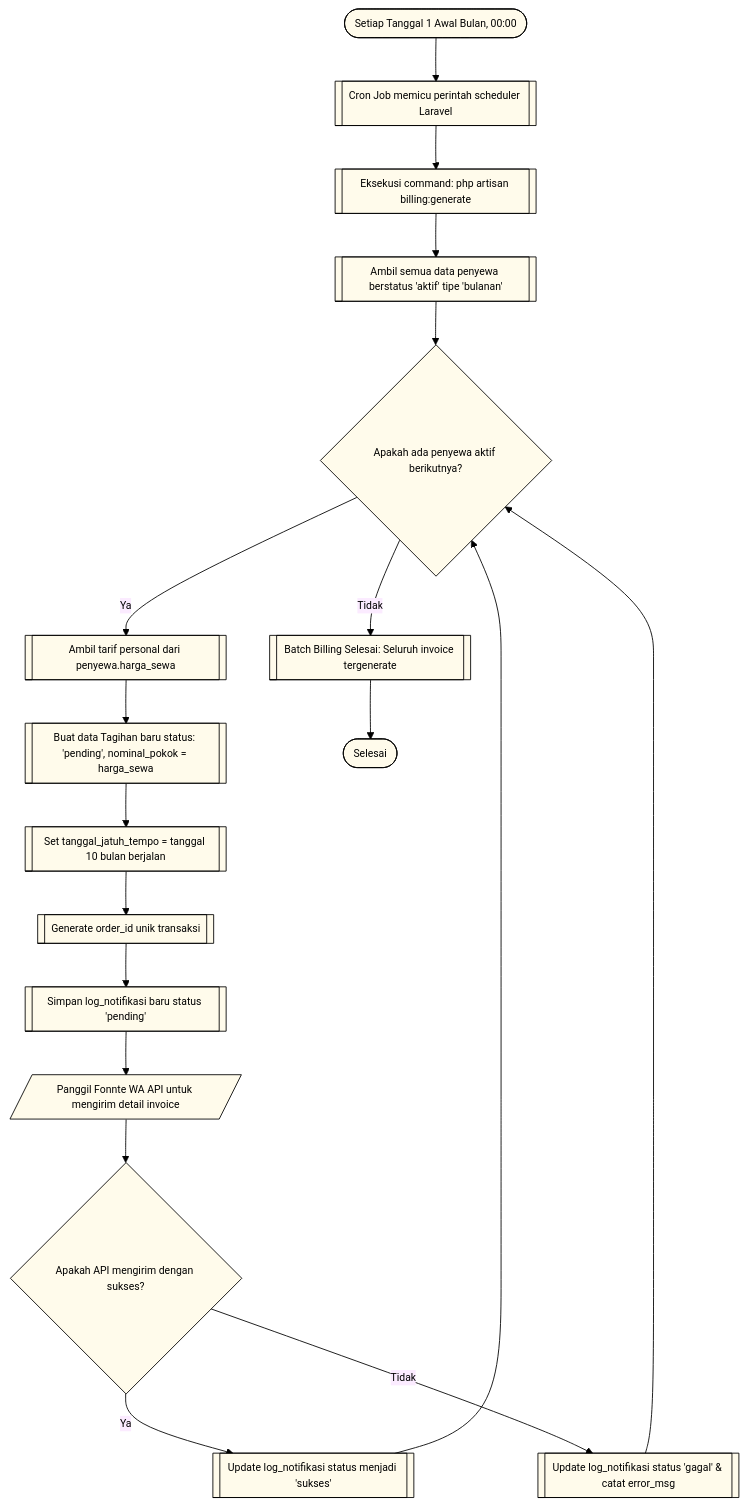
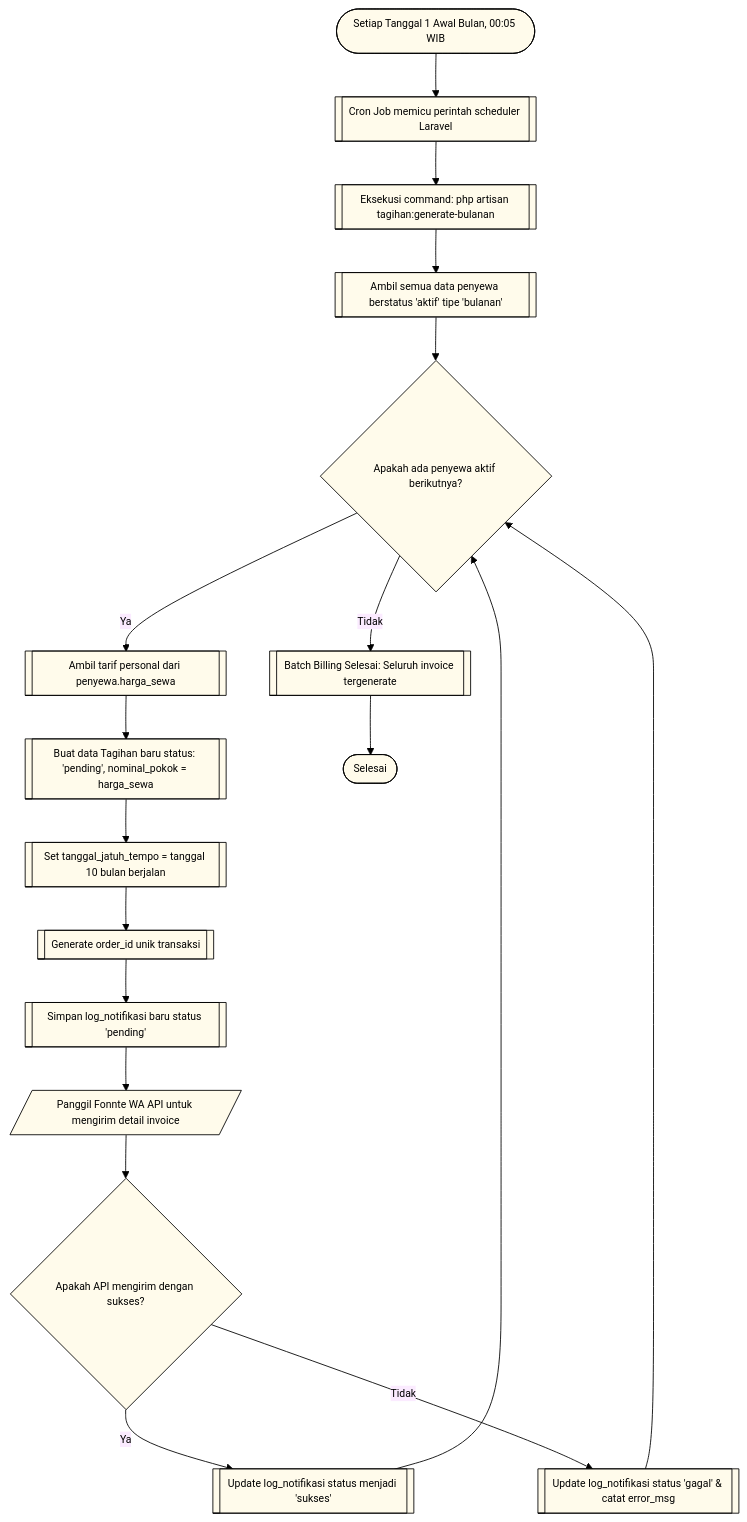
The eighth of 24 diagrams in Blueprint/Flowchart_Kost.md (rafifarsyapradiva/asri-boarding-house), drawn with Mermaid before and after one commit. The commit also changed other lines of this file and 40 other files, not shown here.

Commit message:
docs(flowchart): audit ISO 5807, eliminasi dead-end & loop, diagram alur keputusan terpadu, dan update blueprint v238.0

````diff
--- a/Blueprint/Flowchart_Kost.md
+++ b/Blueprint/Flowchart_Kost.md
@@ -683,36 +920,36 @@
 ```mermaid
 %%{init: {
   'theme': 'base',
   'themeVariables': {
     'primaryColor': '#FFFBEB',
     'primaryTextColor': '#000000',
     'primaryBorderColor': '#000000',
     'lineColor': '#000000',
     'fontSize': '12px',
     'fontFamily': 'Inter, system-ui, sans-serif'
   }
 }}%%
 flowchart TD
-    Start([Setiap Tanggal 1 Awal Bulan, 00:00]) --> TriggerScheduler[[Cron Job memicu perintah scheduler Laravel]]
-    TriggerScheduler --> RunBillingCommand[[Eksekusi command: php artisan billing:generate]]
+    Start([Setiap Tanggal 1 Awal Bulan, 00:05 WIB]) --> TriggerScheduler[[Cron Job memicu perintah scheduler Laravel]]
+    TriggerScheduler --> RunBillingCommand[[Eksekusi command: php artisan tagihan:generate-bulanan]]
     RunBillingCommand --> FetchPenyewaAktif[[Ambil semua data penyewa berstatus 'aktif' tipe 'bulanan']]
     
     FetchPenyewaAktif --> LoopPenyewa{"Apakah ada penyewa aktif berikutnya?"}
     
     LoopPenyewa -- "Ya" --> GetImmutableRate[[Ambil tarif personal dari penyewa.harga_sewa]]
     GetImmutableRate --> BuatTagihan[[Buat data Tagihan baru status: 'pending', nominal_pokok = harga_sewa]]
     BuatTagihan --> SetJatuhTempo[[Set tanggal_jatuh_tempo = tanggal 10 bulan berjalan]]
     SetJatuhTempo --> CreateOrderId[[Generate order_id unik transaksi]]
     CreateOrderId --> LogNotifPending[[Simpan log_notifikasi baru status 'pending']]
     LogNotifPending --> CallFonnteAPI[/Panggil Fonnte WA API untuk mengirim detail invoice/]
     
     CallFonnteAPI --> CekResponse{"Apakah API mengirim dengan sukses?"}
     CekResponse -- "Ya" --> SetLogSukses[[Update log_notifikasi status menjadi 'sukses']]
     CekResponse -- "Tidak" --> SetLogGagal[[Update log_notifikasi status 'gagal' & catat error_msg]]
     
     SetLogSukses --> LoopPenyewa
     SetLogGagal --> LoopPenyewa
     
     LoopPenyewa -- "Tidak" --> SelesaiBatch[[Batch Billing Selesai: Seluruh invoice tergenerate]]
     SelesaiBatch --> Selesai([Selesai])
 ```
````
